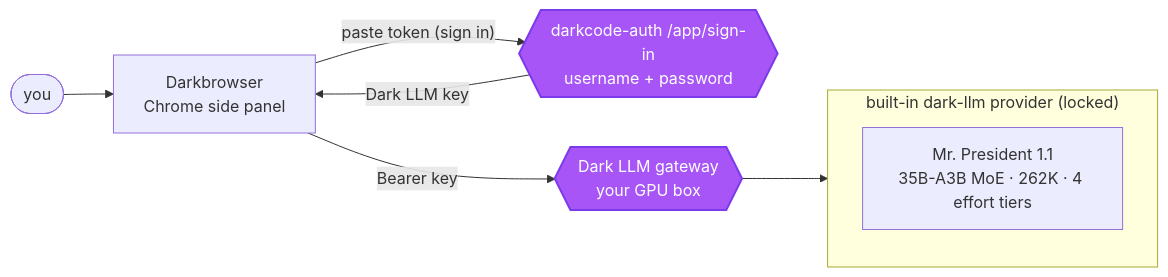
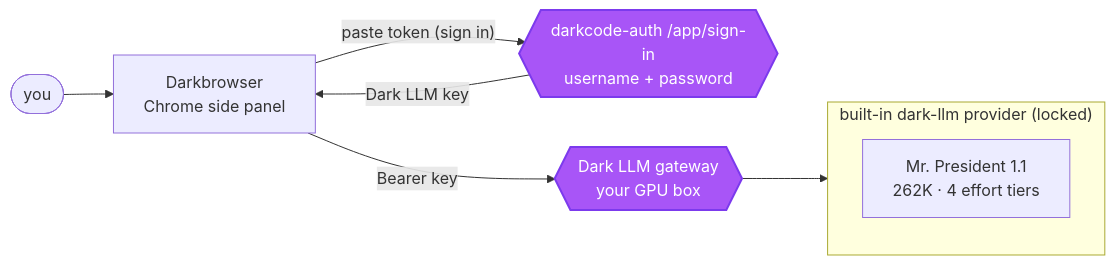
One commit to dark-crop/darkbrowser-chrome changed the diagram in README.md. Above: the diagram before and after it, drawn with Mermaid. The commit also changed other lines of this file, not shown here.

First line of the commit message:
docs(readme): present the chat model only as 'Mr. President 1.1', hide the architecture

````diff
--- a/README.md
+++ b/README.md
@@ -59,16 +59,16 @@
 ```mermaid
 flowchart LR
     U(["you"]) --> DB["Darkbrowser<br/>Chrome side panel"]
     DB -->|"paste token (sign in)"| AUTH{{"darkcode-auth /app/sign-in<br/>username + password"}}
     AUTH -->|"Dark LLM key"| DB
     DB -->|"Bearer key"| G{{"Dark LLM gateway<br/>your GPU box"}}
 
     subgraph lane["built-in dark-llm provider (locked)"]
         direction TB
-        MP["Mr. President 1.1<br/>35B-A3B MoE · 262K · 4 effort tiers"]
+        MP["Mr. President 1.1<br/>262K · 4 effort tiers"]
     end
     G --> lane
 
     classDef hub fill:#a855f7,stroke:#7c3aed,stroke-width:2px,color:#fff
     class G,AUTH hub
 ```
````
